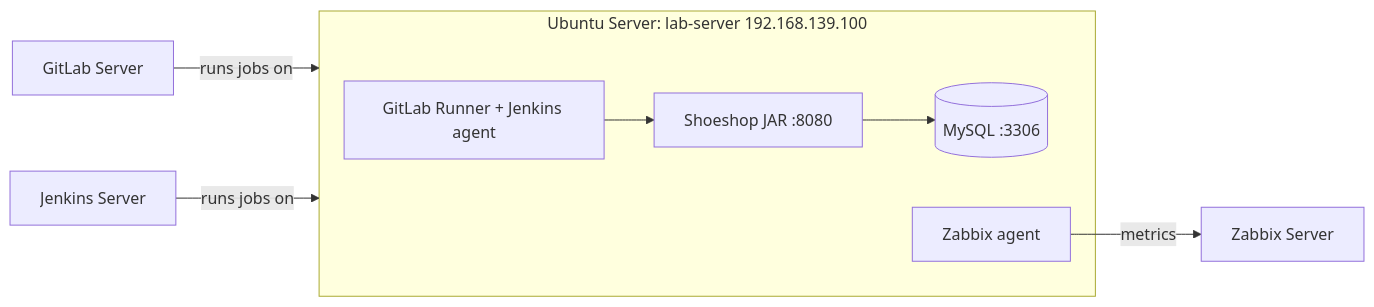
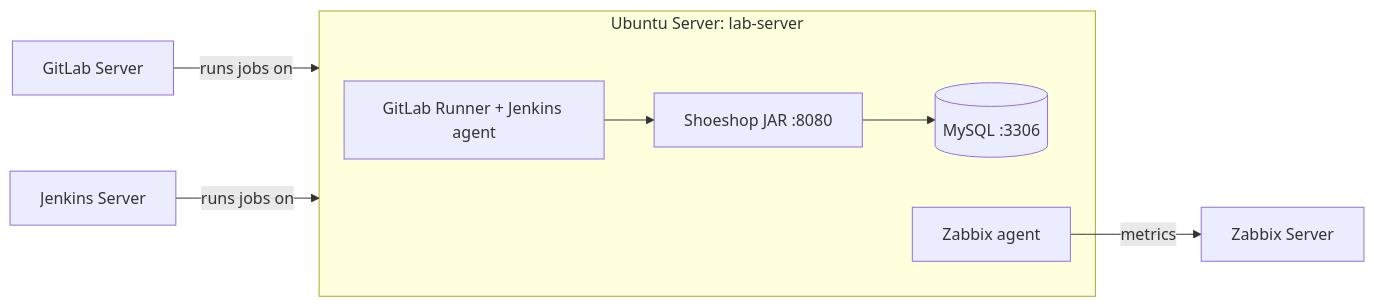
The first of 2 diagrams in README.md (Bourbon18/shoeshop-devops), drawn with Mermaid before and after one commit. The commit also changed other lines of this file, not shown here.

````diff
--- a/README.md
+++ b/README.md
@@ -24,11 +24,11 @@
 ```mermaid
 flowchart LR
     GL[GitLab Server] -- runs jobs on --> LS
     JK[Jenkins Server] -- runs jobs on --> LS
-    subgraph LS[Ubuntu Server: lab-server 192.168.139.100]
+    subgraph LS[Ubuntu Server: lab-server]
         R[GitLab Runner + Jenkins agent] --> APP[Shoeshop JAR :8080]
         APP --> DB[(MySQL :3306)]
         AG[Zabbix agent]
     end
     AG -- metrics --> ZB[Zabbix Server]
 ```
````
